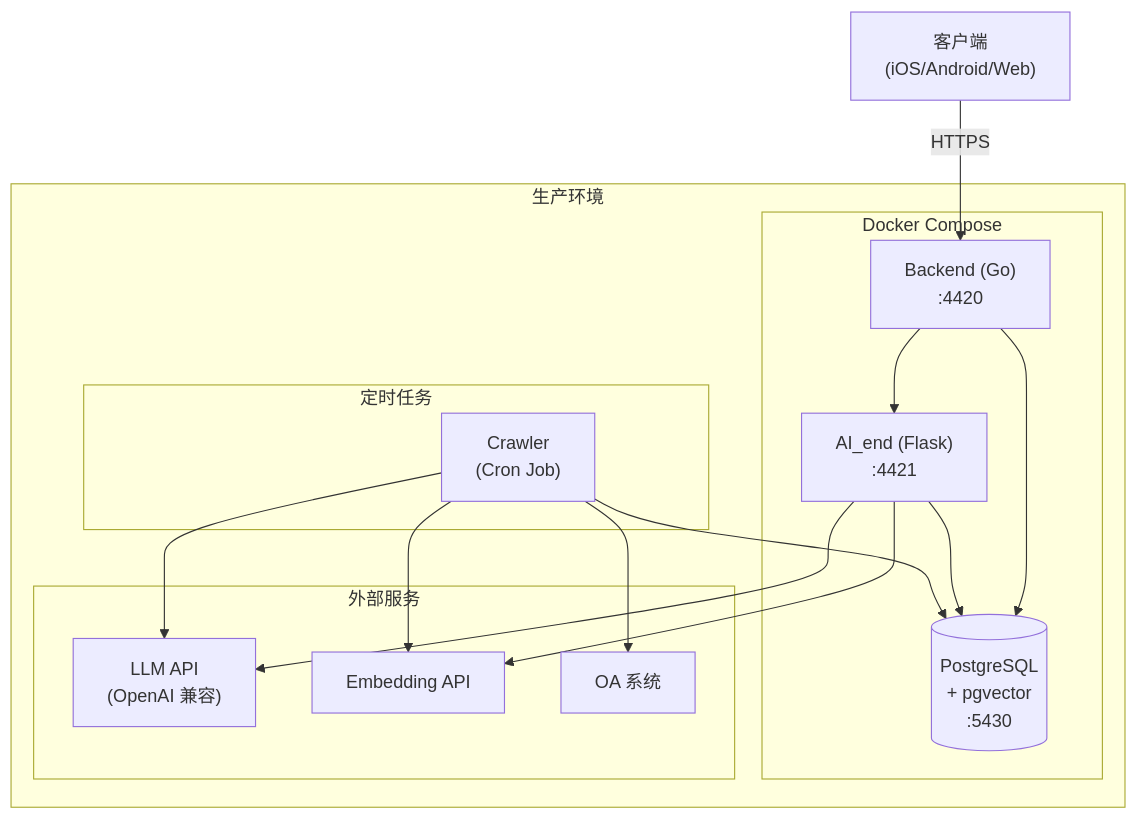
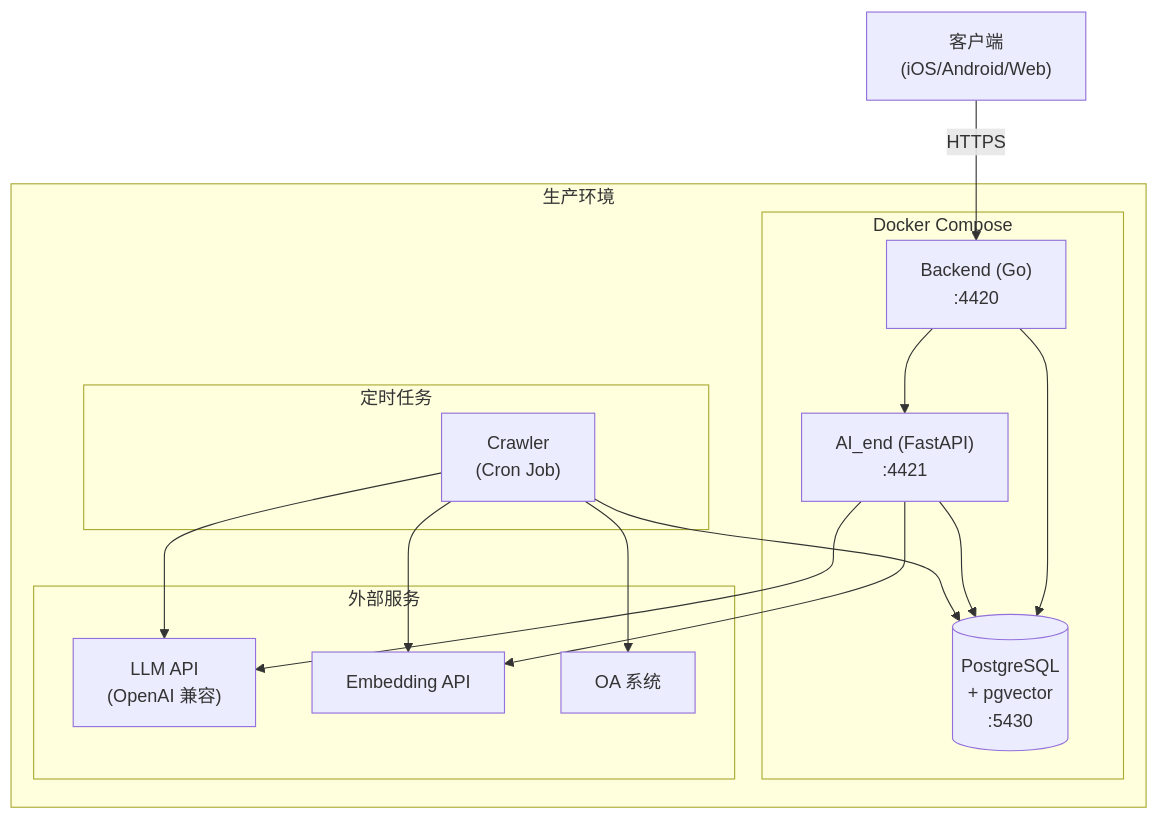
Before and after one commit to MEO-wj/OA_Reader_APP: the tenth of 10 diagrams in docs/architecture.md, drawn with Mermaid. The commit also changed other lines of this file and 6 other files, not shown here.

````diff
--- a/docs/architecture.md
+++ b/docs/architecture.md
@@ -873,31 +885,31 @@
 ```mermaid
 flowchart TB
     subgraph 生产环境
         subgraph Docker["Docker Compose"]
             PG[("PostgreSQL<br/>+ pgvector<br/>:5430")]
             Backend["Backend (Go)<br/>:4420"]
-            AIEnd["AI_end (Flask)<br/>:4421"]
+            AIEnd["AI_end (FastAPI)<br/>:4421"]
         end
 
         subgraph 外部服务["外部服务"]
             LLM["LLM API<br/>(OpenAI 兼容)"]
             Embed["Embedding API"]
             OA["OA 系统"]
         end
 
         subgraph 爬虫["定时任务"]
             Crawler["Crawler<br/>(Cron Job)"]
         end
     end
 
     Client["客户端<br/>(iOS/Android/Web)"] -->|HTTPS| Backend
     Backend --> PG
     Backend --> AIEnd
     AIEnd --> PG
     AIEnd --> LLM
     AIEnd --> Embed
     Crawler --> PG
     Crawler --> OA
     Crawler --> LLM
     Crawler --> Embed
 ```
````
